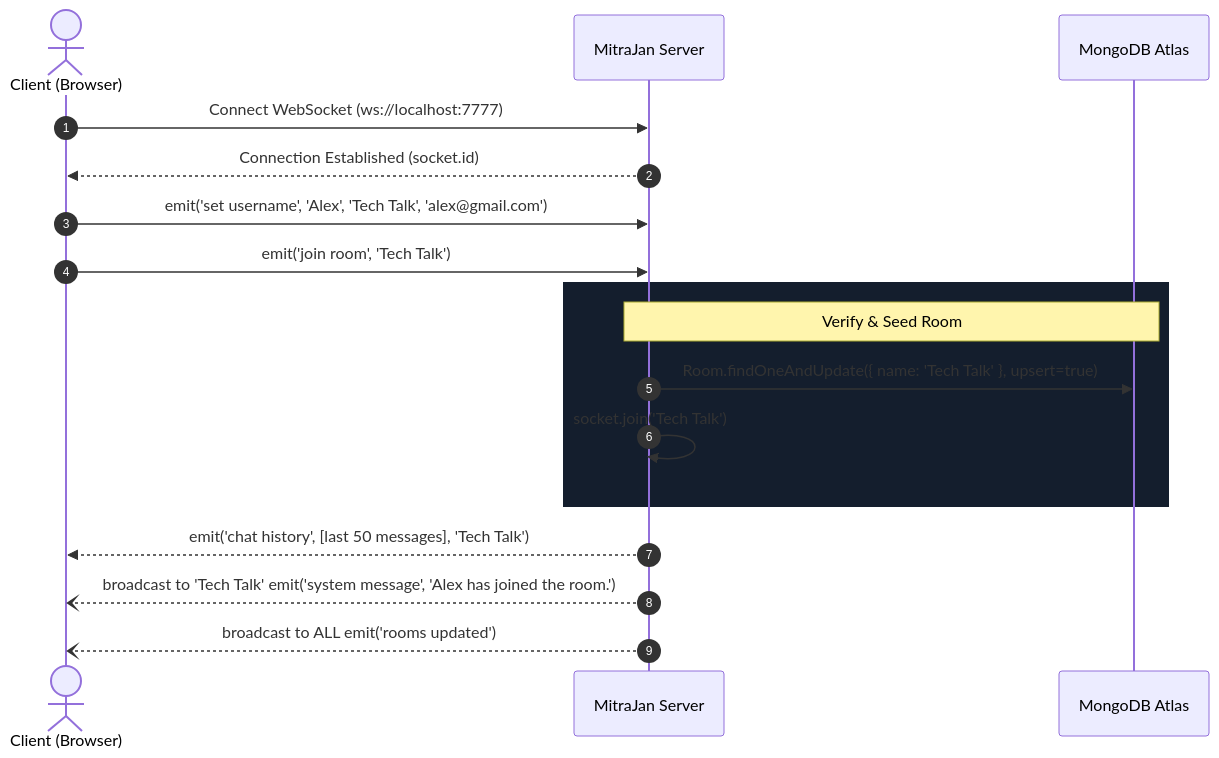
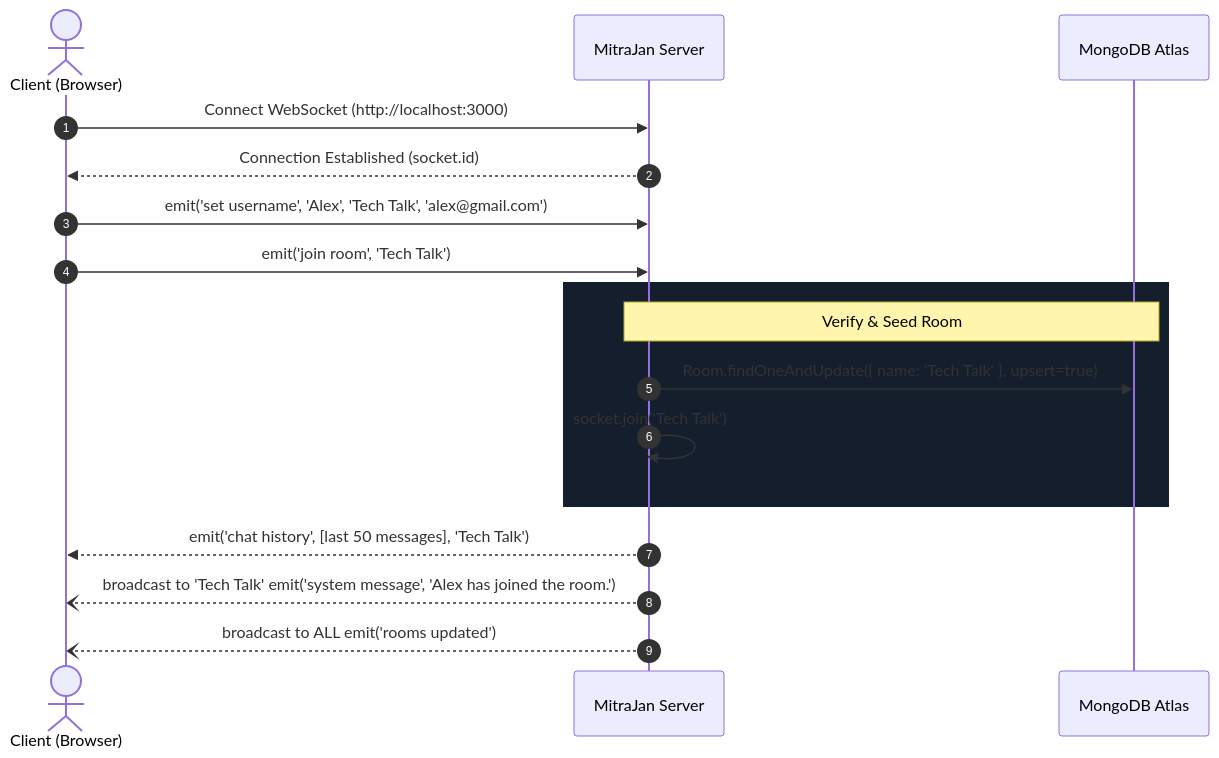
Before and after one commit to Harsh-Bajpai-1194/MitraJan: the second of 5 diagrams in API_DOCS.md, drawn with Mermaid. The commit also changed other lines of this file, not shown here.

````diff
--- a/API_DOCS.md
+++ b/API_DOCS.md
@@ -732,22 +754,22 @@
 ```mermaid
 sequenceDiagram
     autonumber
     actor User as Client (Browser)
     participant Srv as MitraJan Server
     participant DB as MongoDB Atlas
 
-    User->>Srv: Connect WebSocket (ws://localhost:7777)
+    User->>Srv: Connect WebSocket (http://localhost:3000)
     Srv-->>User: Connection Established (socket.id)
     User->>Srv: emit('set username', 'Alex', 'Tech Talk', 'alex@gmail.com')
     User->>Srv: emit('join room', 'Tech Talk')
     
     rect rgb(20, 30, 45)
         Note over Srv,DB: Verify & Seed Room
         Srv->>DB: Room.findOneAndUpdate({ name: 'Tech Talk' }, upsert=true)
         Srv->>Srv: socket.join('Tech Talk')
     end
     
     Srv-->>User: emit('chat history', [last 50 messages], 'Tech Talk')
     Srv--)User: broadcast to 'Tech Talk' emit('system message', 'Alex has joined the room.')
     Srv--)User: broadcast to ALL emit('rooms updated')
 ```
````
